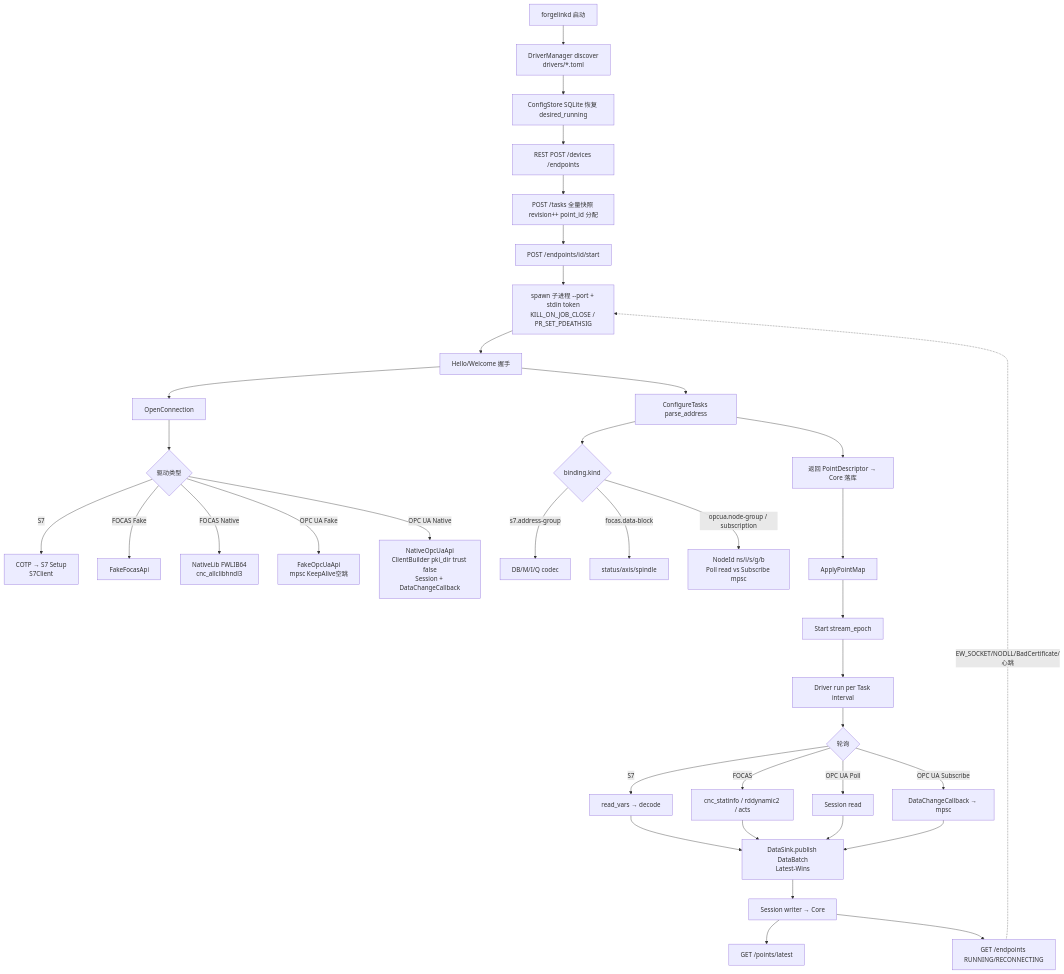
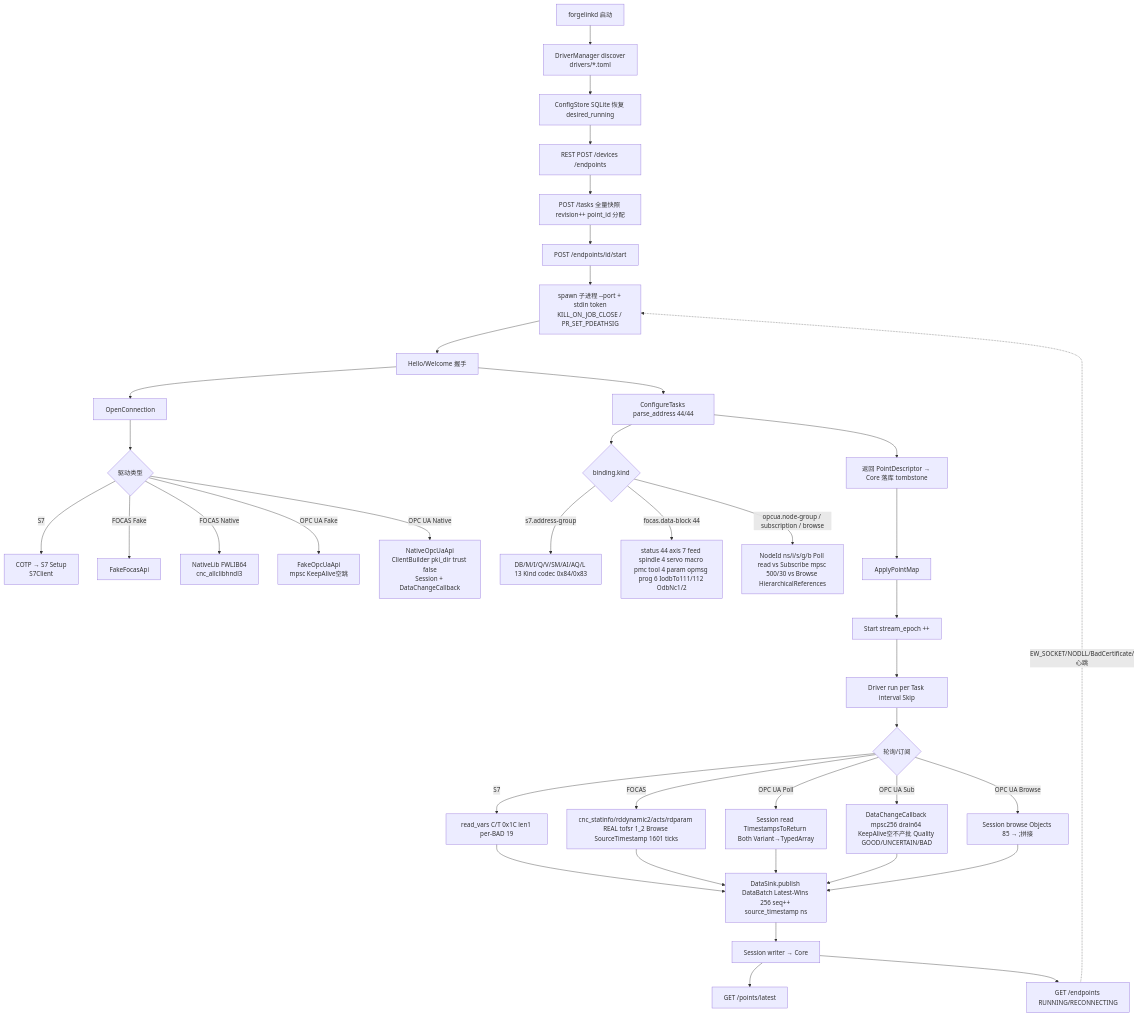
The diagram in docs/flowchart.md (dooooling/mesa), drawn with Mermaid before and after one commit. The commit also changed 3 other files, not shown here.

First line of the commit message:
docs: 将 README 详细设计移至 docs/architecture.md

````diff
--- a/docs/flowchart.md
+++ b/docs/flowchart.md
@@ -6,40 +6,42 @@
 ```mermaid
 flowchart TD
   A[forgelinkd 启动] --> B[DriverManager discover<br/>drivers/*.toml]
   B --> C[ConfigStore SQLite 恢复 desired_running]
   C --> D[REST POST /devices /endpoints]
   D --> E[POST /tasks 全量快照 revision++ point_id 分配]
   E --> F[POST /endpoints/id/start]
   F --> G[spawn 子进程 --port + stdin token<br/>KILL_ON_JOB_CLOSE / PR_SET_PDEATHSIG]
   G --> H[Hello/Welcome 握手]
   H --> I[OpenConnection]
   I --> I1{驱动类型}
    I1 -->|S7| I_S7[COTP → S7 Setup<br/>S7Client]
    I1 -->|FOCAS Fake| I_FF[FakeFocasApi]
    I1 -->|FOCAS Native| I_FN[NativeLib FWLIB64<br/>cnc_allclibhndl3]
    I1 -->|OPC UA Fake| I_OF[FakeOpcUaApi<br/>mpsc KeepAlive空跳]
    I1 -->|OPC UA Native| I_ON[NativeOpcUaApi<br/>ClientBuilder pki_dir trust false<br/>Session + DataChangeCallback]
-   H --> J[ConfigureTasks parse_address]
-  J --> J1{binding.kind}
-   J1 -->|s7.address-group| J_S7[DB/M/I/Q codec]
-   J1 -->|focas.data-block| J_F[status/axis/spindle]
-   J1 -->|opcua.node-group / subscription| J_O[NodeId ns/i/s/g/b<br/>Poll read vs Subscribe mpsc]
-  J --> K[返回 PointDescriptor → Core 落库]
-  K --> L[ApplyPointMap]
-  L --> M[Start stream_epoch]
-  M --> N[Driver run per Task interval]
-  N --> N1{轮询}
-   N1 -->|S7| R_S7[read_vars → decode]
-   N1 -->|FOCAS| R_F[cnc_statinfo / rddynamic2 / acts]
-   N1 -->|OPC UA Poll| R_OP[Session read]
-   N1 -->|OPC UA Subscribe| R_OS[DataChangeCallback → mpsc]
-   R_S7 --> O
-   R_F --> O
-   R_OP --> O
-   R_OS --> O
-  O[DataSink.publish DataBatch<br/>Latest-Wins]
+    H --> J[ConfigureTasks parse_address 44/44]
+   J --> J1{binding.kind}
+    J1 -->|s7.address-group| J_S7[DB/M/I/Q/V/SM/AI/AQ/L 13 Kind codec 0x84/0x83]
+    J1 -->|focas.data-block 44| J_F[status 44 axis 7 feed spindle 4 servo macro pmc tool 4 param opmsg prog 6 IodbTo111/112 OdbNc1/2]
+    J1 -->|opcua.node-group / subscription / browse| J_O[NodeId ns/i/s/g/b Poll read vs Subscribe mpsc 500/30 vs Browse HierarchicalReferences]
+   J --> K[返回 PointDescriptor → Core 落库 tombstone]
+   K --> L[ApplyPointMap]
+   L --> M[Start stream_epoch ++]
+   M --> N[Driver run per Task interval Skip]
+   N --> N1{轮询/订阅}
+    N1 -->|S7| R_S7[read_vars C/T 0x1C len1 per-BAD 19]
+    N1 -->|FOCAS| R_F[cnc_statinfo/rddynamic2/acts/rdparam REAL tofsr 1_2 Browse SourceTimestamp 1601 ticks]
+    N1 -->|OPC UA Poll| R_OP[Session read TimestampsToReturn Both Variant→TypedArray]
+    N1 -->|OPC UA Sub| R_OS[DataChangeCallback mpsc256 drain64 KeepAlive空不产批 Quality GOOD/UNCERTAIN/BAD]
+    N1 -->|OPC UA Browse| R_OB[Session browse Objects 85 → ;拼接]
+    R_S7 --> O
+    R_F --> O
+    R_OP --> O
+    R_OS --> O
+    R_OB --> O
+   O[DataSink.publish DataBatch Latest-Wins 256 seq++ source_timestamp ns]
   O --> P[Session writer → Core]
   P --> Q[GET /points/latest]
   P --> R[GET /endpoints RUNNING/RECONNECTING]
    R -.->|EW_SOCKET/NODLL/BadCertificate/心跳| G
 ```
````
